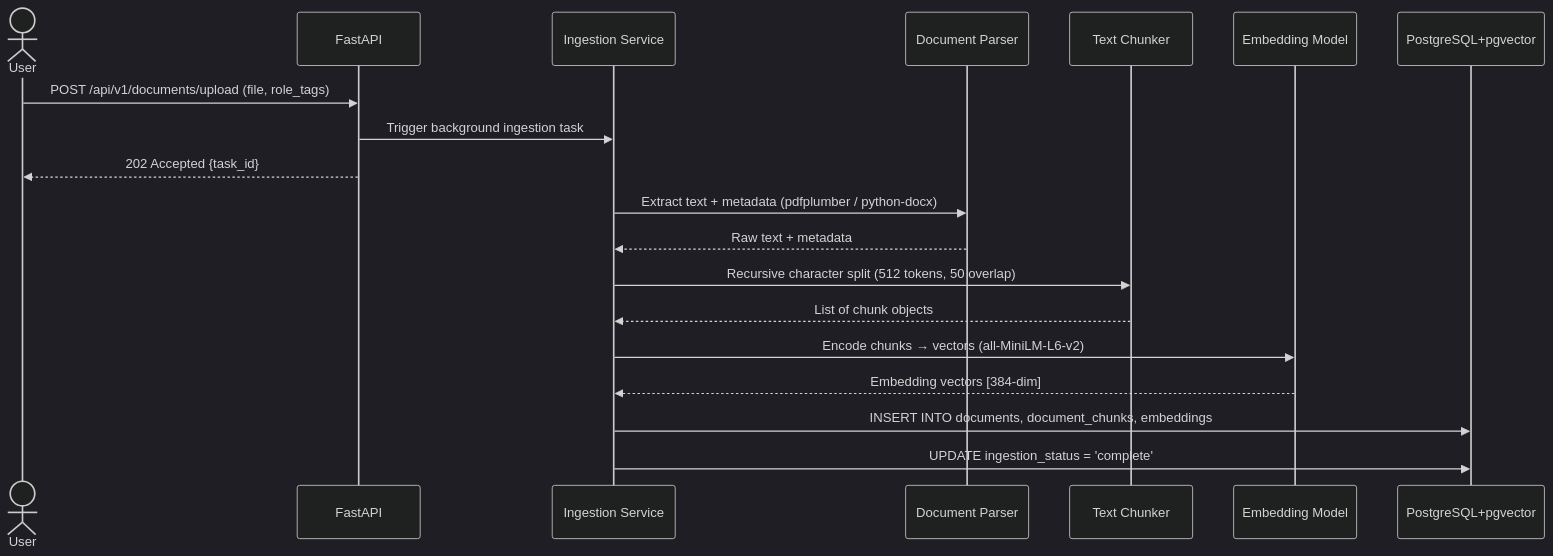
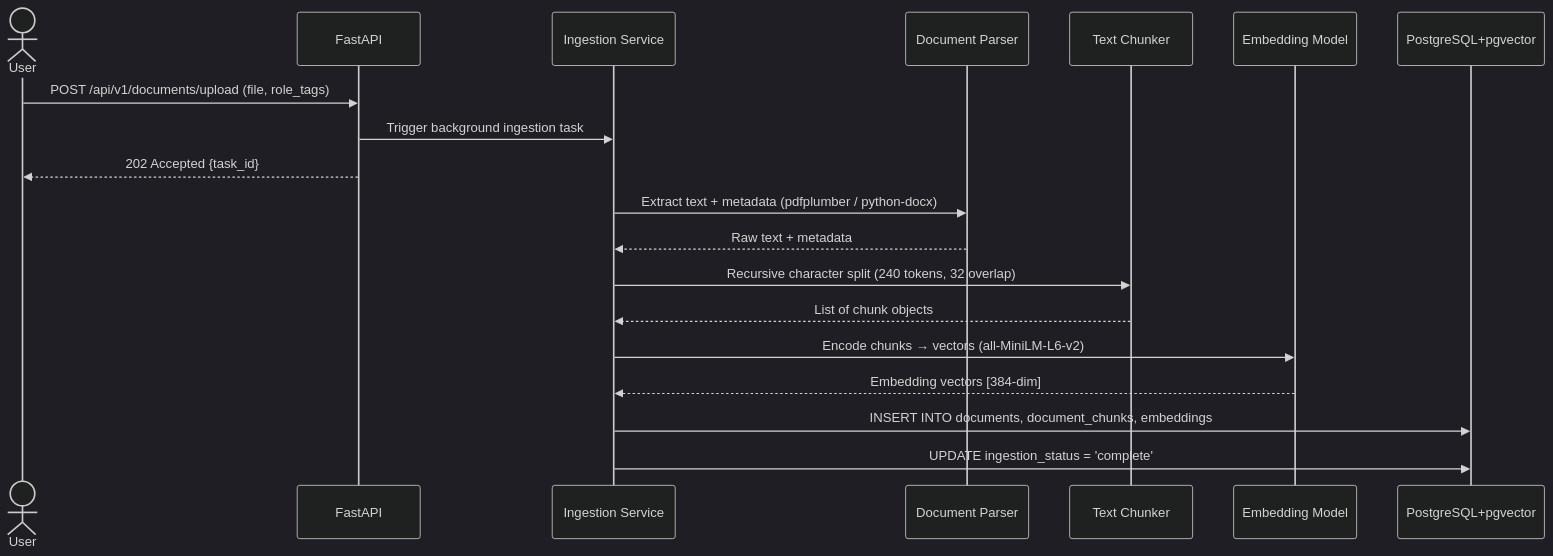
The second of 6 diagrams in docs/ARCHITECTURE.md (Hassan092-prog/KNEXUS), drawn with Mermaid (dark theme) before and after one commit. The commit also changed other lines of this file and 14 other files, not shown here.

Commit message:
docs: add comprehensive system architecture, API specifications, and project planning guides

````diff
--- a/docs/ARCHITECTURE.md
+++ b/docs/ARCHITECTURE.md
@@ -66,22 +75,22 @@
 ```mermaid
 sequenceDiagram
     actor User
     participant API as FastAPI
     participant ING as Ingestion Service
     participant PARSE as Document Parser
     participant CHUNK as Text Chunker
     participant EMBED as Embedding Model
     participant DB as PostgreSQL+pgvector
 
     User->>API: POST /api/v1/documents/upload (file, role_tags)
     API->>ING: Trigger background ingestion task
     API-->>User: 202 Accepted {task_id}
     ING->>PARSE: Extract text + metadata (pdfplumber / python-docx)
     PARSE-->>ING: Raw text + metadata
-    ING->>CHUNK: Recursive character split (512 tokens, 50 overlap)
+    ING->>CHUNK: Recursive character split (240 tokens, 32 overlap)
     CHUNK-->>ING: List of chunk objects
     ING->>EMBED: Encode chunks → vectors (all-MiniLM-L6-v2)
     EMBED-->>ING: Embedding vectors [384-dim]
     ING->>DB: INSERT INTO documents, document_chunks, embeddings
     ING->>DB: UPDATE ingestion_status = 'complete'
 ```
````
